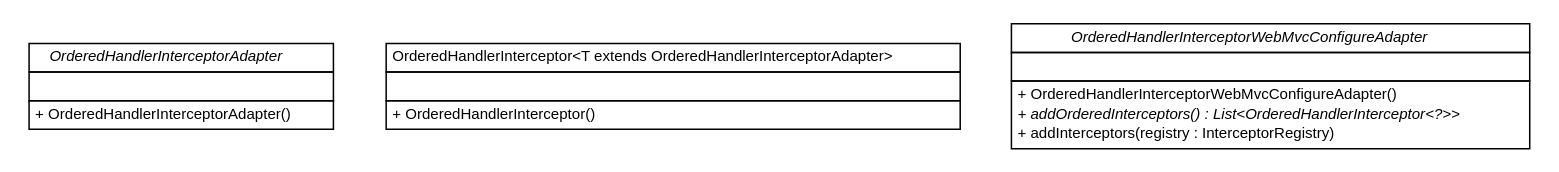
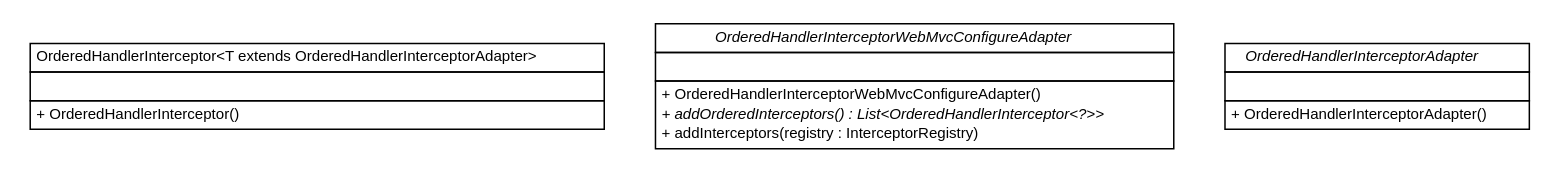
One commit to cloud-ready/cloud-ready changed the diagram in release/build-docker/cloud-ready-parent/cloud-ready-parent-report-aggregate/apidocs/top/infra/web/servlet/handler/top.infra.web.servlet.handler.dot. Above: the diagram before and after it, drawn with Graphviz. The commit also changed 93 other files, not shown here.

```diff
--- a/release/build-docker/cloud-ready-parent/cloud-ready-parent-report-aggregate/apidocs/top/infra/web/servlet/handler/top.infra.web.servlet.handler.dot
+++ b/release/build-docker/cloud-ready-parent/cloud-ready-parent-report-aggregate/apidocs/top/infra/web/servlet/handler/top.infra.web.servlet.handler.dot
@@ -1,50 +1,50 @@
 #!/usr/local/bin/dot
 #
 # Class diagram 
 # Generated by UMLGraph version R5_6-24-gf6e263 (http://www.umlgraph.org/)
 #
 
 digraph G {
 	edge [fontname="Helvetica",fontsize=10,labelfontname="Helvetica",labelfontsize=10];
 	node [fontname="Helvetica",fontsize=10,shape=plaintext];
 	nodesep=0.25;
 	ranksep=0.5;
-	// top.infra.web.servlet.handler.OrderedHandlerInterceptorAdapter
-	c0 [label=<<table title="top.infra.web.servlet.handler.OrderedHandlerInterceptorAdapter" border="0" cellborder="1" cellspacing="0" cellpadding="2" port="p" href="./OrderedHandlerInterceptorAdapter.html">
-		<tr><td><table border="0" cellspacing="0" cellpadding="1">
-<tr><td align="center" balign="center"><font face="Helvetica-Oblique"> OrderedHandlerInterceptorAdapter </font></td></tr>
-		</table></td></tr>
-		<tr><td><table border="0" cellspacing="0" cellpadding="1">
-<tr><td align="left" balign="left">  </td></tr>
-		</table></td></tr>
-		<tr><td><table border="0" cellspacing="0" cellpadding="1">
-<tr><td align="left" balign="left"> + OrderedHandlerInterceptorAdapter() </td></tr>
-		</table></td></tr>
-		</table>>, URL="./OrderedHandlerInterceptorAdapter.html", fontname="Helvetica", fontcolor="black", fontsize=10.0];
 	// top.infra.web.servlet.handler.OrderedHandlerInterceptor<T extends top.infra.web.servlet.handler.OrderedHandlerInterceptorAdapter>
-	c1 [label=<<table title="top.infra.web.servlet.handler.OrderedHandlerInterceptor" border="0" cellborder="1" cellspacing="0" cellpadding="2" port="p" href="./OrderedHandlerInterceptor.html">
+	c0 [label=<<table title="top.infra.web.servlet.handler.OrderedHandlerInterceptor" border="0" cellborder="1" cellspacing="0" cellpadding="2" port="p" href="./OrderedHandlerInterceptor.html">
 		<tr><td><table border="0" cellspacing="0" cellpadding="1">
 <tr><td align="center" balign="center"> OrderedHandlerInterceptor&lt;T extends OrderedHandlerInterceptorAdapter&gt; </td></tr>
 		</table></td></tr>
 		<tr><td><table border="0" cellspacing="0" cellpadding="1">
 <tr><td align="left" balign="left">  </td></tr>
 		</table></td></tr>
 		<tr><td><table border="0" cellspacing="0" cellpadding="1">
 <tr><td align="left" balign="left"> + OrderedHandlerInterceptor() </td></tr>
 		</table></td></tr>
 		</table>>, URL="./OrderedHandlerInterceptor.html", fontname="Helvetica", fontcolor="black", fontsize=10.0];
 	// top.infra.web.servlet.handler.OrderedHandlerInterceptorWebMvcConfigureAdapter
-	c2 [label=<<table title="top.infra.web.servlet.handler.OrderedHandlerInterceptorWebMvcConfigureAdapter" border="0" cellborder="1" cellspacing="0" cellpadding="2" port="p" href="./OrderedHandlerInterceptorWebMvcConfigureAdapter.html">
+	c1 [label=<<table title="top.infra.web.servlet.handler.OrderedHandlerInterceptorWebMvcConfigureAdapter" border="0" cellborder="1" cellspacing="0" cellpadding="2" port="p" href="./OrderedHandlerInterceptorWebMvcConfigureAdapter.html">
 		<tr><td><table border="0" cellspacing="0" cellpadding="1">
 <tr><td align="center" balign="center"><font face="Helvetica-Oblique"> OrderedHandlerInterceptorWebMvcConfigureAdapter </font></td></tr>
 		</table></td></tr>
 		<tr><td><table border="0" cellspacing="0" cellpadding="1">
 <tr><td align="left" balign="left">  </td></tr>
 		</table></td></tr>
 		<tr><td><table border="0" cellspacing="0" cellpadding="1">
 <tr><td align="left" balign="left"> + OrderedHandlerInterceptorWebMvcConfigureAdapter() </td></tr>
 <tr><td align="left" balign="left"><font face="Helvetica-Oblique" point-size="10.0"> + addOrderedInterceptors() : List&lt;OrderedHandlerInterceptor&lt;?&gt;&gt; </font></td></tr>
 <tr><td align="left" balign="left"> + addInterceptors(registry : InterceptorRegistry) </td></tr>
 		</table></td></tr>
 		</table>>, URL="./OrderedHandlerInterceptorWebMvcConfigureAdapter.html", fontname="Helvetica", fontcolor="black", fontsize=10.0];
+	// top.infra.web.servlet.handler.OrderedHandlerInterceptorAdapter
+	c2 [label=<<table title="top.infra.web.servlet.handler.OrderedHandlerInterceptorAdapter" border="0" cellborder="1" cellspacing="0" cellpadding="2" port="p" href="./OrderedHandlerInterceptorAdapter.html">
+		<tr><td><table border="0" cellspacing="0" cellpadding="1">
+<tr><td align="center" balign="center"><font face="Helvetica-Oblique"> OrderedHandlerInterceptorAdapter </font></td></tr>
+		</table></td></tr>
+		<tr><td><table border="0" cellspacing="0" cellpadding="1">
+<tr><td align="left" balign="left">  </td></tr>
+		</table></td></tr>
+		<tr><td><table border="0" cellspacing="0" cellpadding="1">
+<tr><td align="left" balign="left"> + OrderedHandlerInterceptorAdapter() </td></tr>
+		</table></td></tr>
+		</table>>, URL="./OrderedHandlerInterceptorAdapter.html", fontname="Helvetica", fontcolor="black", fontsize=10.0];
 }
```
